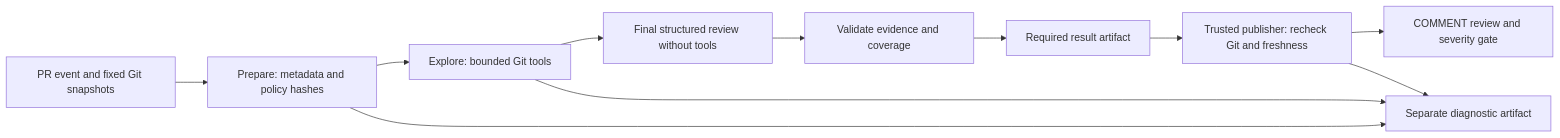
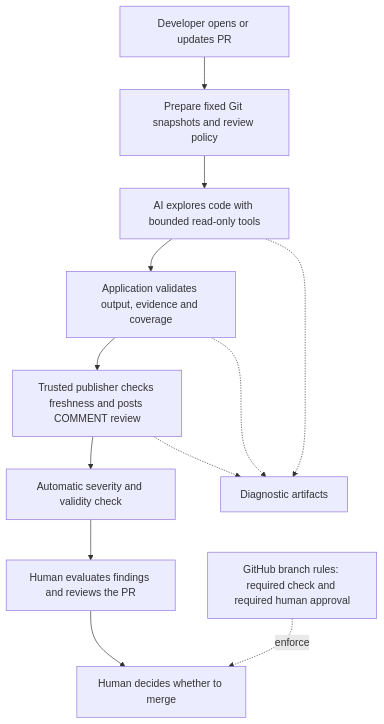
Before and after one commit to YKalcheuskaya/claude-pr-review: the diagram in README.md, drawn with Mermaid. The commit also changed other lines of this file and 99 other files, not shown here.

````diff
--- a/README.md
+++ b/README.md
@@ -22,13 +71,14 @@
 ```mermaid
-flowchart LR
-  PR[PR event and fixed Git snapshots] --> A[Prepare: metadata and policy hashes]
-  A --> T[Explore: bounded Git tools]
-  T --> M[Final structured review without tools]
-  M --> V[Validate evidence and coverage]
-  V --> R[Required result artifact]
-  R --> P[Trusted publisher: recheck Git and freshness]
-  P --> G[COMMENT review and severity gate]
-  A --> D[Separate diagnostic artifact]
-  T --> D
-  P --> D
+flowchart TD
+  PR[Developer opens or updates PR] --> S[Prepare fixed Git snapshots and review policy]
+  S --> A[AI explores code with bounded read-only tools]
+  A --> V[Application validates output, evidence and coverage]
+  V --> P[Trusted publisher checks freshness and posts COMMENT review]
+  P --> G[Automatic severity and validity check]
+  G --> H[Human evaluates findings and reviews the PR]
+  H --> M[Human decides whether to merge]
+  B[GitHub branch rules: required check and required human approval] -. enforce .-> M
+  A -.-> D[Diagnostic artifacts]
+  V -.-> D
+  P -.-> D
 ```
````
